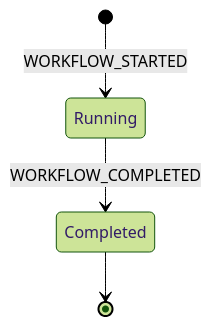
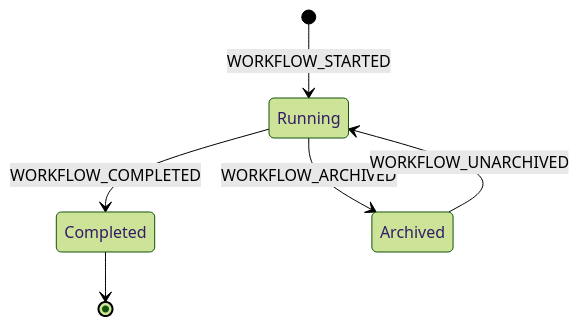
One commit to otomatty/aidlc-guide changed the first of 3 diagrams in docs/reference/en/12-state-machine.md. Above: the diagram before and after it, drawn with Mermaid (forest theme). The commit also changed other lines of this file and 450 other files, not shown here.

````diff
--- a/docs/reference/en/12-state-machine.md
+++ b/docs/reference/en/12-state-machine.md
@@ -29,6 +29,8 @@
 ```mermaid
 stateDiagram-v2
     [*] --> Running : WORKFLOW_STARTED
     Running --> Completed : WORKFLOW_COMPLETED
+    Running --> Archived : WORKFLOW_ARCHIVED
+    Archived --> Running : WORKFLOW_UNARCHIVED
     Completed --> [*]
 ```
````
